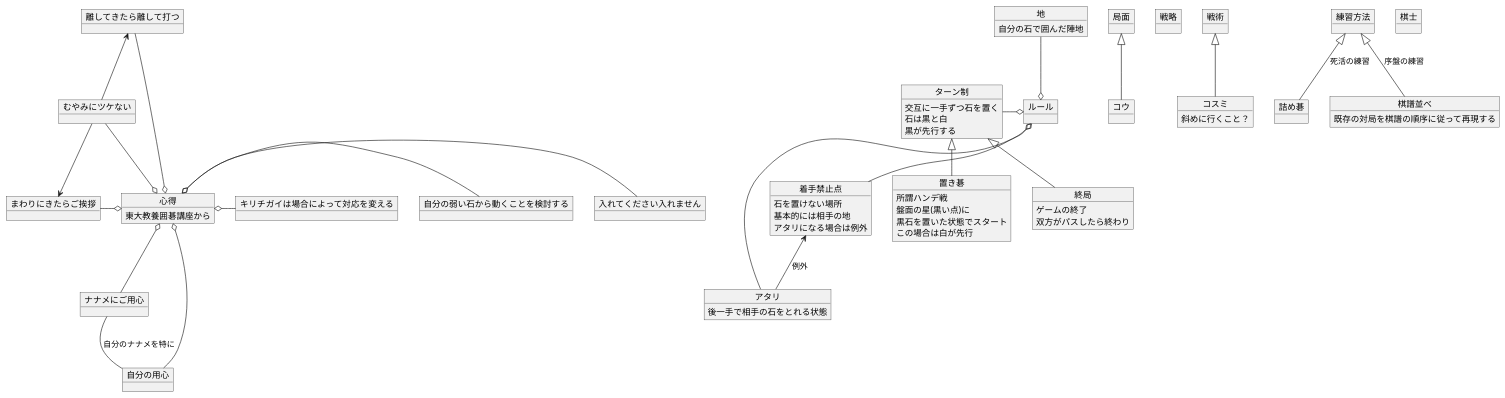
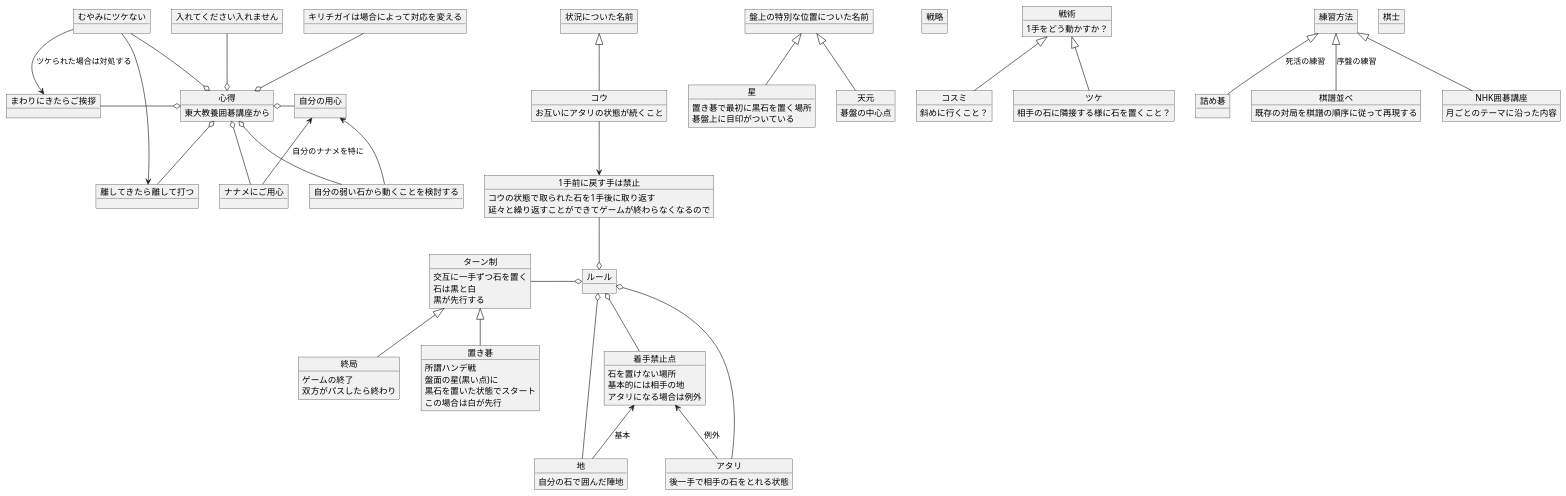
Before and after one commit to Shinsuke-Abe/IgoKnowledgeModeling: the diagram in KnowledgeBase.puml, drawn with PlantUML. The commit also changed 1 other file, not shown here.

```diff
--- a/KnowledgeBase.puml
+++ b/KnowledgeBase.puml
@@ -1,100 +1,133 @@
 @startuml
 
 ' 囲碁というゲームについて
 object ルール
 
 object ターン制 {
   交互に一手ずつ石を置く
   石は黒と白
   黒が先行する
 }
 object 置き碁 {
   所謂ハンデ戦
   盤面の星(黒い点)に
   黒石を置いた状態でスタート
   この場合は白が先行
 }
 object 終局 {
   ゲームの終了
   双方がパスしたら終わり
 }
 
 object 地 {
   自分の石で囲んだ陣地
 }
 object 着手禁止点 {
   石を置けない場所
   基本的には相手の地
   アタリになる場合は例外
 }
 object アタリ {
   後一手で相手の石をとれる状態
 }
+object 1手前に戻す手は禁止 {
+  コウの状態で取られた石を1手後に取り返す
+  延々と繰り返すことができてゲームが終わらなくなるので
+}
 
 ルール o-l- ターン制
 ルール o-u- 地
 ルール o-d- 着手禁止点
+ルール o-u- 1手前に戻す手は禁止
 ルール o- アタリ
+着手禁止点 <-- 地 : 基本
 着手禁止点 <-d- アタリ : 例外
 ターン制 <|-- 置き碁
 ターン制 <|-- 終局
 
 ' 対局に勝つための知識
-object 局面
+object 状況についた名前
 
 object コウ {
-
+  お互いにアタリの状態が続くこと
 }
 
-局面 <|-- コウ
+状況についた名前 <|-- コウ
+
+コウ --> 1手前に戻す手は禁止
+
+object 盤上の特別な位置についた名前
+
+object 星 {
+  置き碁で最初に黒石を置く場所
+  碁盤上に目印がついている
+}
+object 天元 {
+  碁盤の中心点
+}
+
+盤上の特別な位置についた名前 <|-- 星
+盤上の特別な位置についた名前 <|-- 天元
 
 object 戦略
-object 戦術
+object 戦術 {
+  1手をどう動かすか？
+}
 
 object コスミ {
   斜めに行くこと？
 }
 
+object ツケ {
+  相手の石に隣接する様に石を置くこと？
+}
+
 戦術 <|-- コスミ
+戦術 <|-- ツケ
 
 ' 練習方法
 object 練習方法
 
 object 詰め碁
 object 棋譜並べ {
   既存の対局を棋譜の順序に従って再現する
 }
+object NHK囲碁講座 {
+  月ごとのテーマに沿った内容
+}
 
 練習方法 <|-- 詰め碁 : 死活の練習
 練習方法 <|-- 棋譜並べ : 序盤の練習
+練習方法 <|-- NHK囲碁講座
 
 ' 関わる人について
 object 棋士
 
 ' まだ分類できないもの
 object 心得 {
   東大教養囲碁講座から
 }
+
 object まわりにきたらご挨拶
 object ナナメにご用心
 object 入れてください入れません
 object 自分の用心
 object 自分の弱い石から動くことを検討する
 object キリチガイは場合によって対応を変える
 object 離してきたら離して打つ
 object むやみにツケない
 
 心得 o-l- まわりにきたらご挨拶
-心得 o-d- ナナメにご用心
-心得 o-d- 自分の用心
-心得 o- 入れてください入れません
-心得 o- 自分の弱い石から動くことを検討する
-心得 o- キリチガイは場合によって対応を変える
-心得 o-l- 離してきたら離して打つ
-心得 o-l- むやみにツケない
-ナナメにご用心 -- 自分の用心 : 自分のナナメを特に
+心得 o-r- 自分の用心
+心得 o-- ナナメにご用心
+心得 o-- 離してきたら離して打つ
+心得 o-- むやみにツケない
+心得 o-- 自分の弱い石から動くことを検討する
+心得 o-u- キリチガイは場合によって対応を変える
+心得 o-u- 入れてください入れません
+自分の用心 <-d- ナナメにご用心 : 自分のナナメを特に
+自分の用心 <-- 自分の弱い石から動くことを検討する
 離してきたら離して打つ <-d- むやみにツケない
-まわりにきたらご挨拶 <-u- むやみにツケない
-
+まわりにきたらご挨拶 <-u- むやみにツケない : ツケられた場合は対処する
 
 @enduml
```
